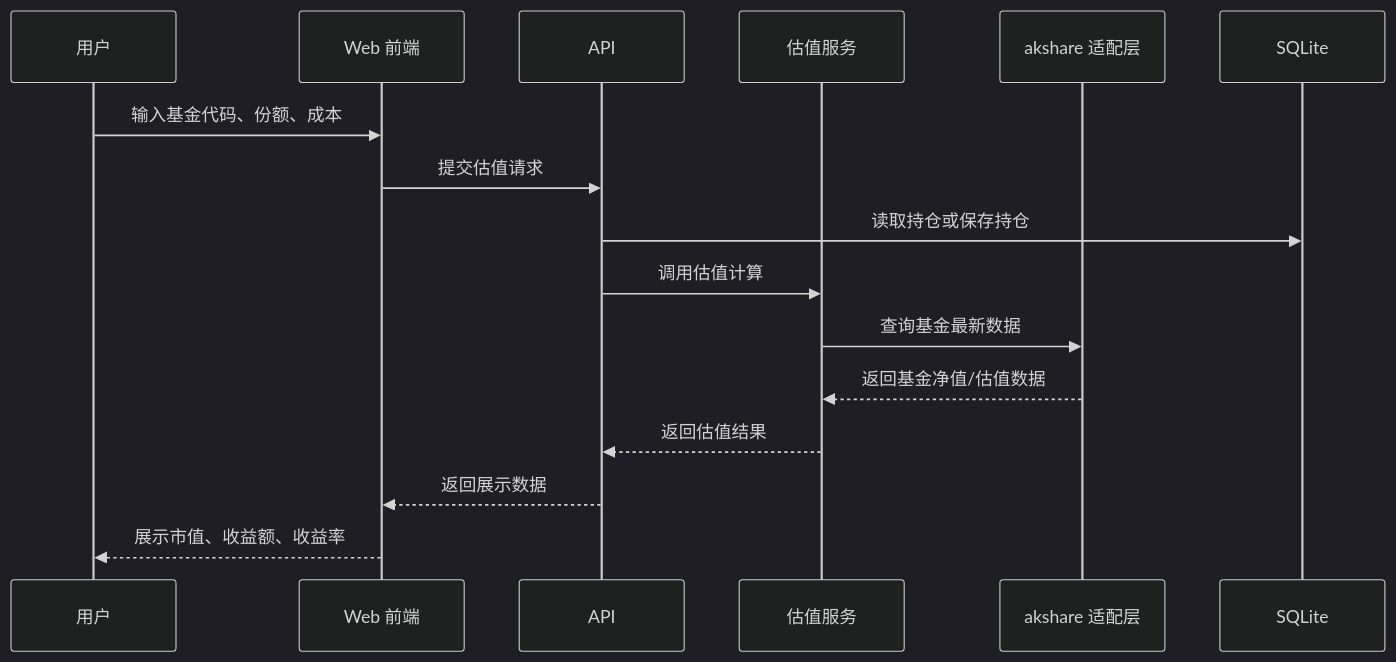
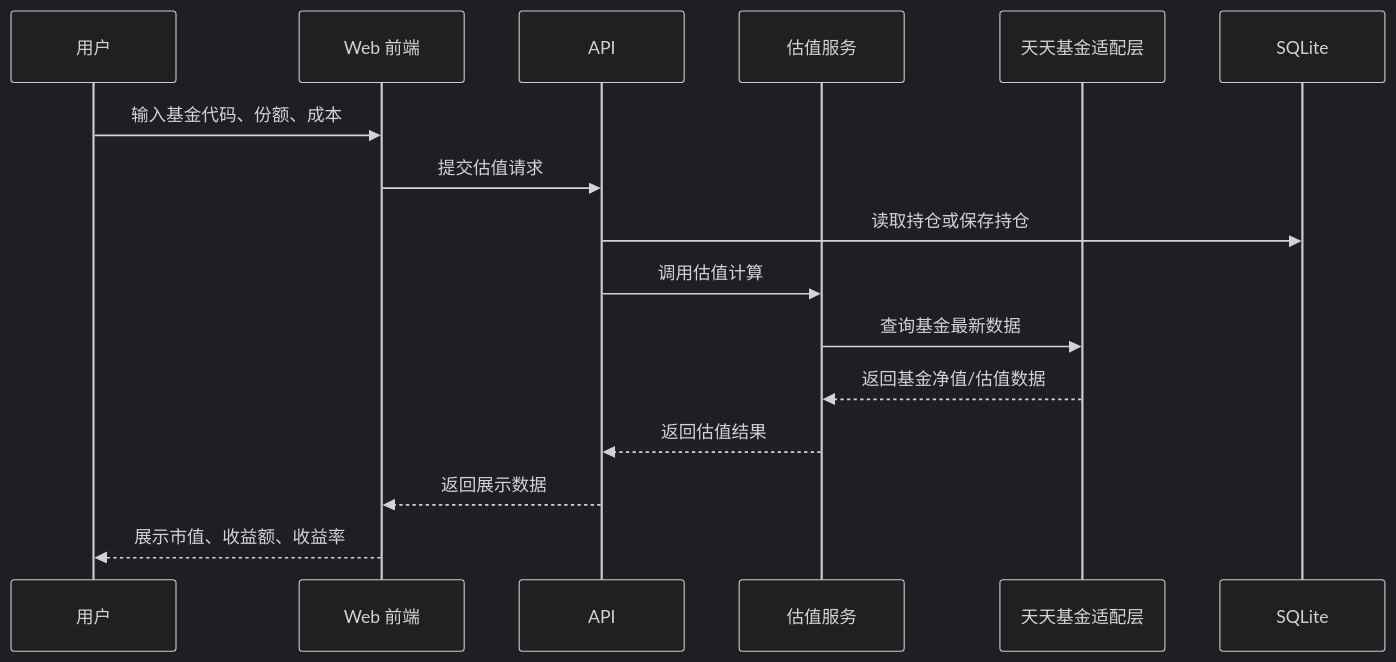
One commit to CC2m2/jijin changed the second of 2 diagrams in doc/tech/基金净值估算技术方案.md. Above: the diagram before and after it, drawn with Mermaid (dark theme). The commit also changed other lines of this file and 8 other files, not shown here.

````diff
--- a/doc/tech/基金净值估算技术方案.md
+++ b/doc/tech/基金净值估算技术方案.md
@@ -214,19 +214,19 @@
 ```mermaid
 sequenceDiagram
     participant U as 用户
     participant W as Web 前端
     participant A as API
     participant S as 估值服务
-    participant K as akshare 适配层
+    participant K as 天天基金适配层
     participant D as SQLite
 
     U->>W: 输入基金代码、份额、成本
     W->>A: 提交估值请求
     A->>D: 读取持仓或保存持仓
     A->>S: 调用估值计算
     S->>K: 查询基金最新数据
     K-->>S: 返回基金净值/估值数据
     S-->>A: 返回估值结果
     A-->>W: 返回展示数据
     W-->>U: 展示市值、收益额、收益率
 ```
````
